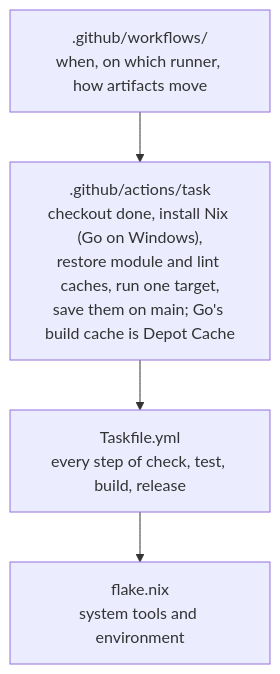
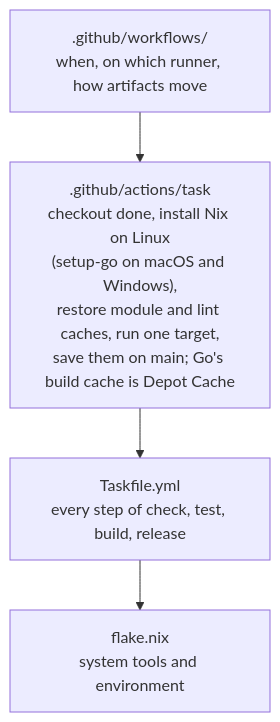
One commit to discobox-ai/discobox changed the third of 5 diagrams in DESIGN.md. Above: the diagram before and after it, drawn with Mermaid. The commit also changed other lines of this file and 7 other files, not shown here.

First line of the commit message:
ci: Depot Cache on Windows, an 8-CPU Windows runner, and macOS without Nix

````diff
--- a/DESIGN.md
+++ b/DESIGN.md
@@ -257,9 +257,9 @@
 ```mermaid
 flowchart TD
     workflows[".github/workflows/<br/>when, on which runner, how artifacts move"]
-    action[".github/actions/task<br/>checkout done, install Nix (Go on Windows),<br/>restore module and lint caches, run one target,<br/>save them on main; Go's build cache is Depot Cache"]
+    action[".github/actions/task<br/>checkout done, install Nix on Linux<br/>(setup-go on macOS and Windows),<br/>restore module and lint caches, run one target,<br/>save them on main; Go's build cache is Depot Cache"]
     taskfile["Taskfile.yml<br/>every step of check, test, build, release"]
     flake["flake.nix<br/>system tools and environment"]
 
     workflows --> action --> taskfile --> flake
 ```
````
